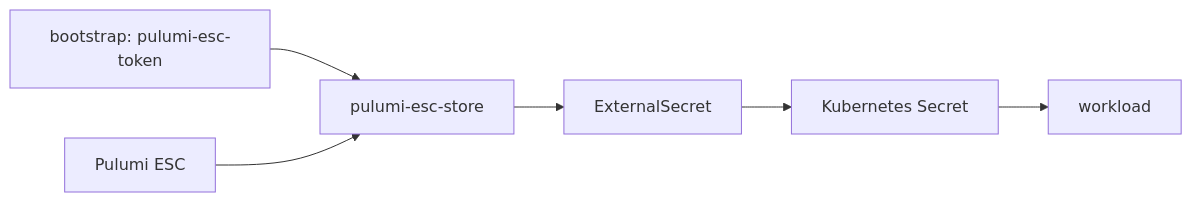
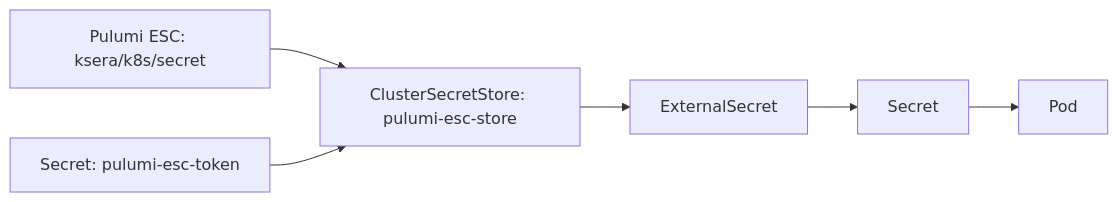
Before and after one commit to home-lab-ksera/home-lab-k8s: the diagram in docs/secrets.md, drawn with Mermaid. The commit also changed other lines of this file and 50 other files, not shown here.

````diff
--- a/docs/secrets.md
+++ b/docs/secrets.md
@@ -8,8 +6,6 @@
 ```mermaid
 flowchart LR
-  Token[bootstrap: pulumi-esc-token] --> Store[pulumi-esc-store]
-  ESC[Pulumi ESC] --> Store
-  Store --> ES[ExternalSecret]
-  ES --> Secret[Kubernetes Secret]
-  Secret --> Pod[workload]
+  ESC[Pulumi ESC: ksera/k8s/secret] --> Store[ClusterSecretStore: pulumi-esc-store]
+  Token[Secret: pulumi-esc-token] --> Store
+  Store --> ES[ExternalSecret] --> Secret[Secret] --> Pod
 ```
````
